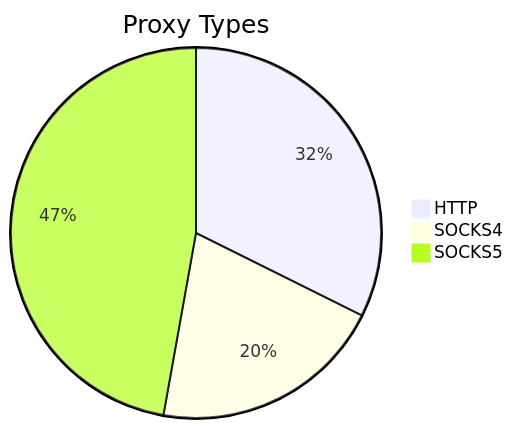
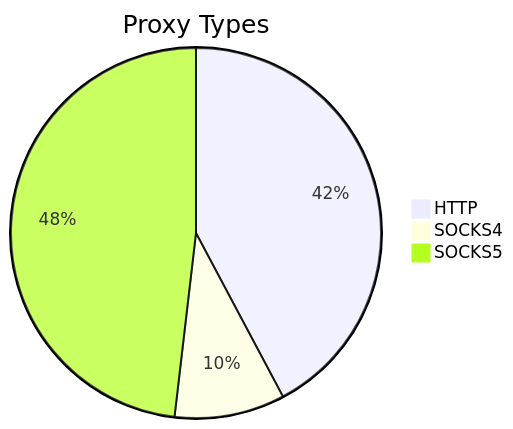
One commit to stormsia/proxy-list changed the first of 2 diagrams in README.md. Above: the diagram before and after it, drawn with Mermaid. The commit also changed other lines of this file, not shown here.

````diff
--- a/README.md
+++ b/README.md
@@ -21,6 +21,6 @@
 ```mermaid
 pie title Proxy Types
-    "HTTP" : 109
-    "SOCKS4" : 69
-    "SOCKS5" : 159
+    "HTTP" : 57
+    "SOCKS4" : 13
+    "SOCKS5" : 65
 ```
````
